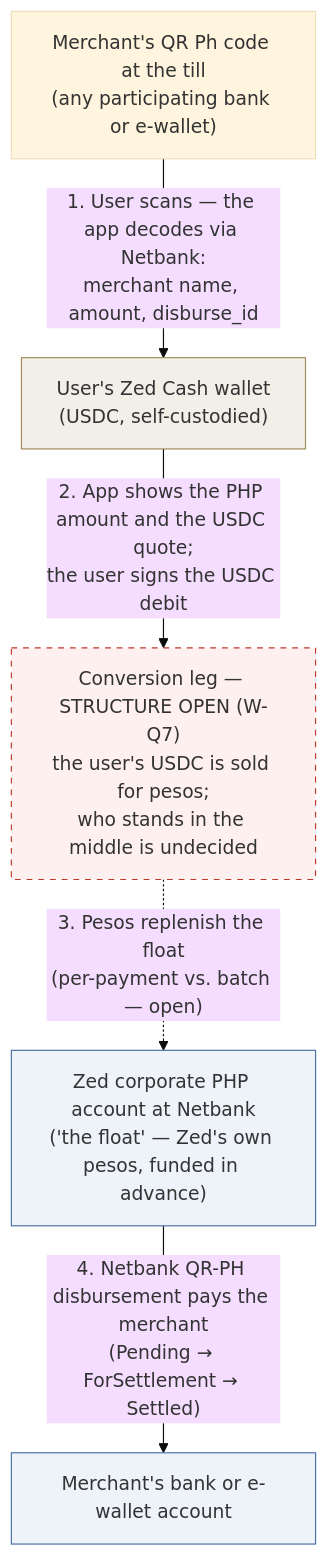
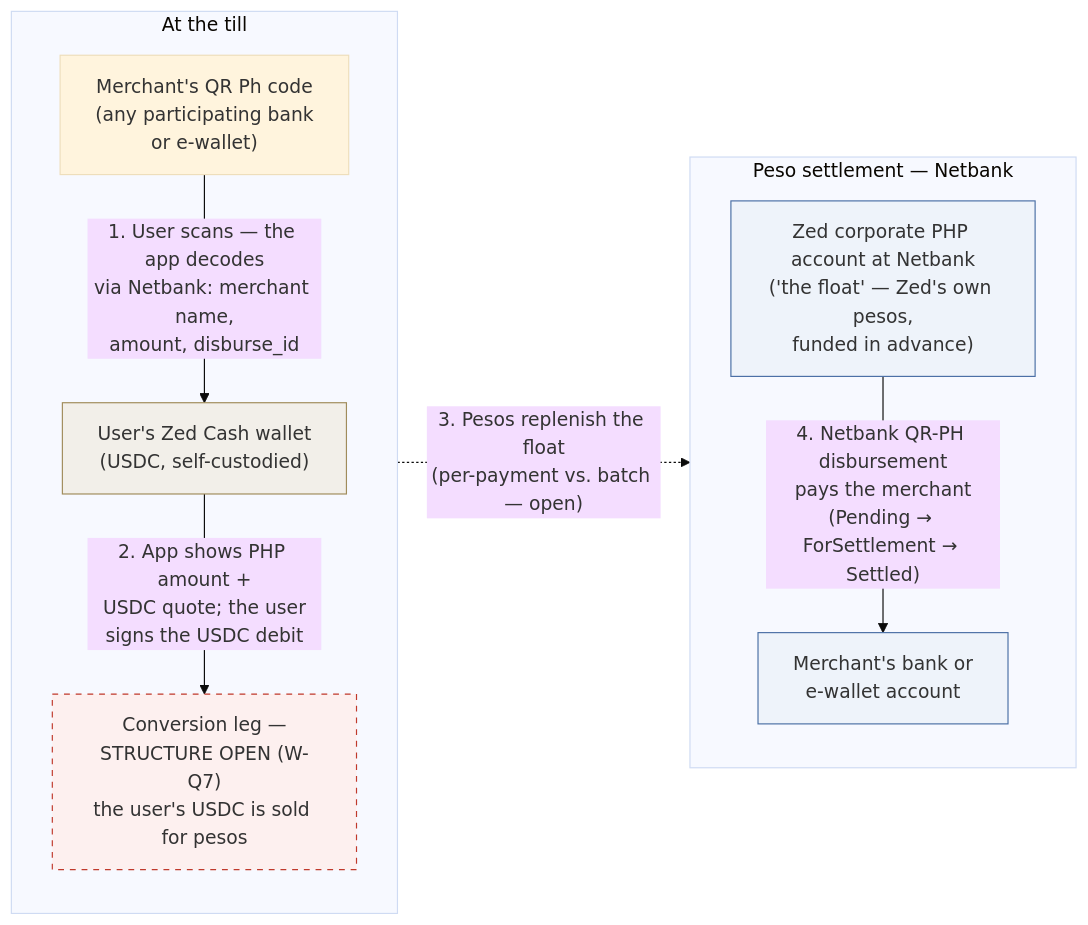
Before and after one commit to STAbraham/stablecoin-project: the diagram in tracks/c-usdc-vasp-privy/research/diagrams/m2-qrph-flow.mmd, drawn with Mermaid (base theme). The commit also changed 10 other files, not shown here.

Commit message:
M2 structure (c): user-owned Netbank Account-as-a-Service accounts; OPS analysis extended with the two clause-avoidance designs, each with a 2D two-lane funds-flow diagram; M2 diagram relaid as two-lane grid; W-Q7/8/9 updated; folded team-copy edits (handoff trim, W-Q reorder)

```diff
--- a/tracks/c-usdc-vasp-privy/research/diagrams/m2-qrph-flow.mmd
+++ b/tracks/c-usdc-vasp-privy/research/diagrams/m2-qrph-flow.mmd
@@ -1,16 +1,17 @@
-flowchart TD
-  M["Merchant's QR Ph code at the till<br/>(any participating bank or e-wallet)"]
-  U["User's Zed Cash wallet<br/>(USDC, self-custodied)"]
-  CV["Conversion leg — STRUCTURE OPEN (W-Q7)<br/>the user's USDC is sold for pesos;<br/>who stands in the middle is undecided"]
-  F["Zed corporate PHP account at Netbank<br/>('the float' — Zed's own pesos, funded in advance)"]
-  MB["Merchant's bank or e-wallet account"]
-  M -->|"1. User scans — the app decodes via Netbank:<br/>merchant name, amount, disburse_id"| U
-  U -->|"2. App shows the PHP amount and the USDC quote;<br/>the user signs the USDC debit"| CV
-  CV -.->|"3. Pesos replenish the float<br/>(per-payment vs. batch — open)"| F
-  F -->|"4. Netbank QR-PH disbursement pays the merchant<br/>(Pending → ForSettlement → Settled)"| MB
+flowchart LR
+  subgraph UL ["At the till"]
+    direction TB
+    M["Merchant's QR Ph code<br/>(any participating bank<br/>or e-wallet)"] -->|"1. User scans — the app decodes<br/>via Netbank: merchant name,<br/>amount, disburse_id"| U["User's Zed Cash wallet<br/>(USDC, self-custodied)"]
+    U -->|"2. App shows PHP amount +<br/>USDC quote; the user<br/>signs the USDC debit"| CV["Conversion leg —<br/>STRUCTURE OPEN (W-Q7)<br/>the user's USDC is sold for pesos"]
+  end
+  subgraph PL ["Peso settlement — Netbank"]
+    direction TB
+    F["Zed corporate PHP account at Netbank<br/>('the float' — Zed's own pesos,<br/>funded in advance)"] -->|"4. Netbank QR-PH disbursement<br/>pays the merchant<br/>(Pending → ForSettlement → Settled)"| MB["Merchant's bank or<br/>e-wallet account"]
+  end
+  UL -.->|"3. Pesos replenish the float<br/>(per-payment vs. batch — open)"| PL
   classDef user fill:#f2efe9,stroke:#a08c5b
   classDef bank fill:#eef3fa,stroke:#4a6fa5
   classDef open fill:#fdf0ef,stroke:#c0392b,stroke-dasharray: 5 5
   class U user
   class F,MB bank
   class CV open
```
